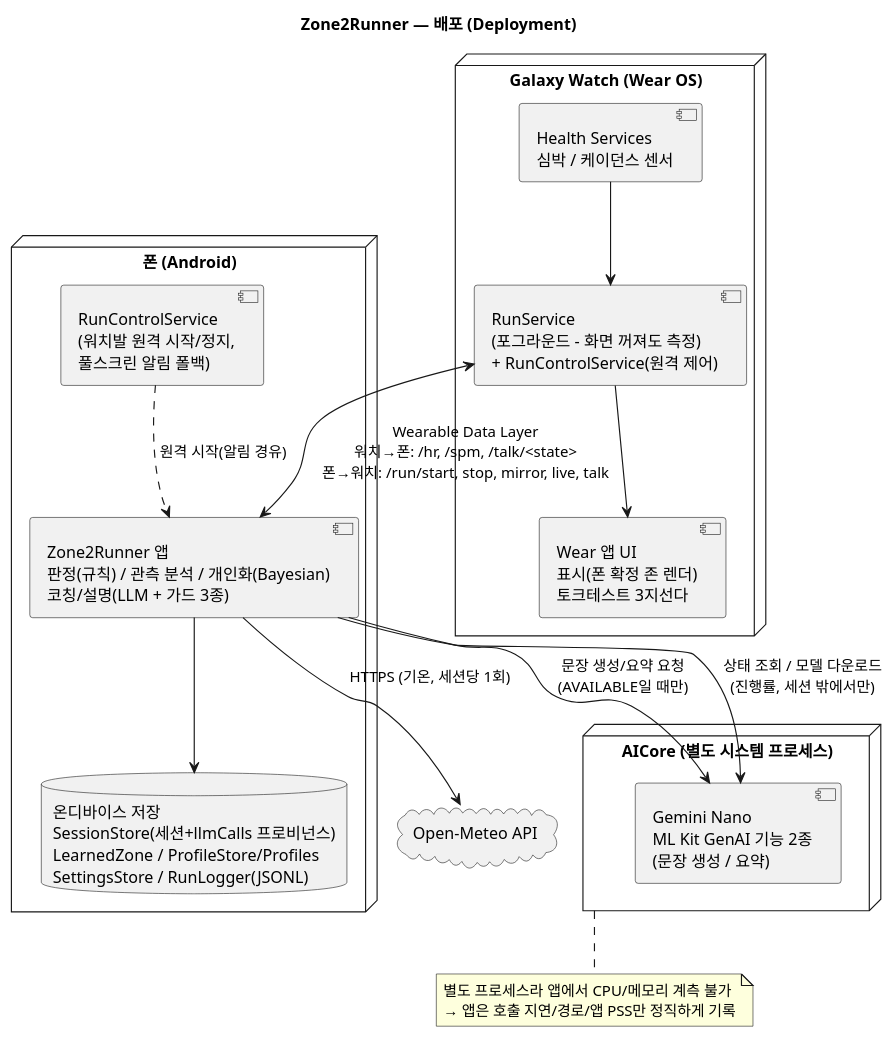
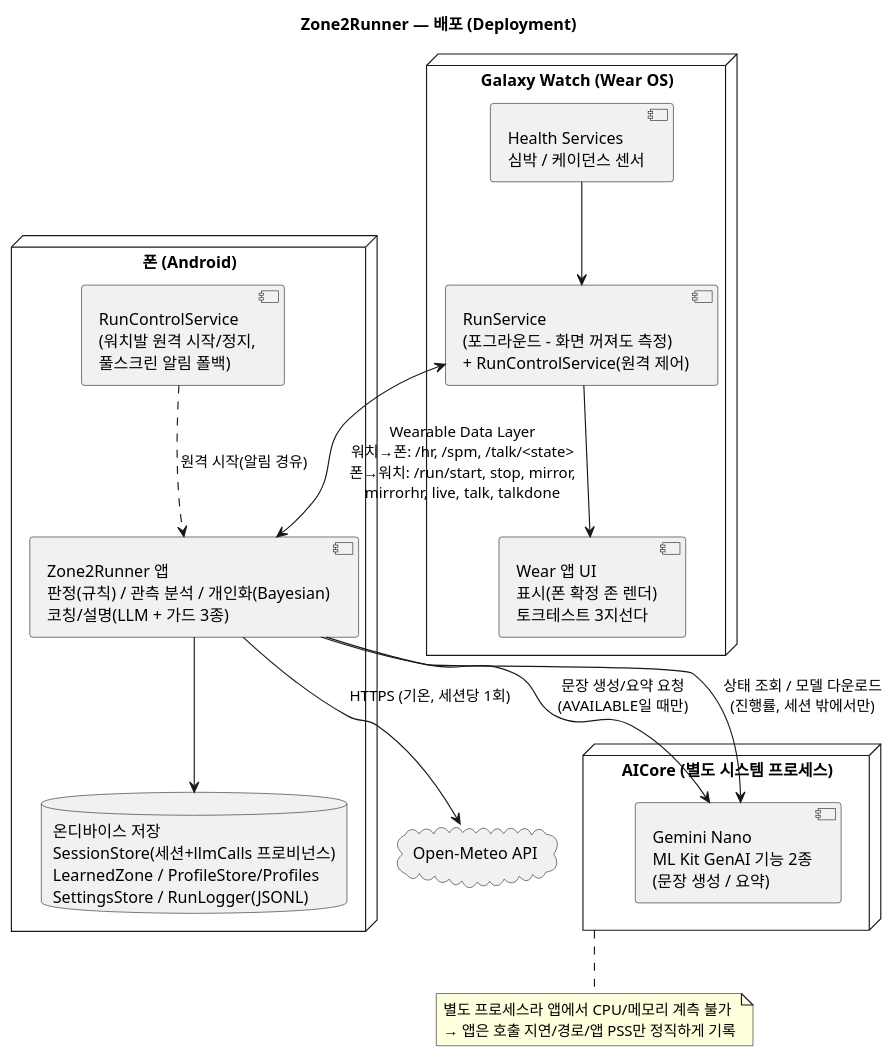
One commit to tenyearslove/zone2runner changed the diagram in arch/diagrams/03-deployment.puml. Above: the diagram before and after it, drawn with PlantUML. The commit also changed 19 other files, not shown here.

```diff
--- a/arch/diagrams/03-deployment.puml
+++ b/arch/diagrams/03-deployment.puml
@@ -1,36 +1,36 @@
 @startuml
 title Zone2Runner — 배포 (Deployment)
 skinparam defaultFontName "Malgun Gothic"
 skinparam shadowing false
 
 node "Galaxy Watch (Wear OS)" as WatchNode {
   component "Wear 앱 UI\n표시(폰 확정 존 렌더)\n토크테스트 3지선다" as WearApp
   component "RunService\n(포그라운드 - 화면 꺼져도 측정)\n+ RunControlService(원격 제어)" as WearSvc
   component "Health Services\n심박 / 케이던스 센서" as HS
 }
 
 node "폰 (Android)" as PhoneNode {
   component "Zone2Runner 앱\n판정(규칙) / 관측 분석 / 개인화(Bayesian)\n코칭/설명(LLM + 가드 3종)" as PhoneApp
   component "RunControlService\n(워치발 원격 시작/정지,\n풀스크린 알림 폴백)" as PhoneSvc
   database "온디바이스 저장\nSessionStore(세션+llmCalls 프로비넌스)\nLearnedZone / ProfileStore/Profiles\nSettingsStore / RunLogger(JSONL)" as Store
 }
 
 node "AICore (별도 시스템 프로세스)" as AICore {
   component "Gemini Nano\nML Kit GenAI 기능 2종\n(문장 생성 / 요약)" as NanoModel
 }
 
 cloud "Open-Meteo API" as WeatherCloud
 
 HS --> WearSvc
 WearSvc --> WearApp
-WearSvc <--> PhoneApp : Wearable Data Layer\n워치→폰: /hr, /spm, /talk/<state>\n폰→워치: /run/start, stop, mirror, live, talk
+WearSvc <--> PhoneApp : Wearable Data Layer\n워치→폰: /hr, /spm, /talk/<state>\n폰→워치: /run/start, stop, mirror,\nmirrorhr, live, talk, talkdone
 PhoneSvc ..> PhoneApp : 원격 시작(알림 경유)
 PhoneApp --> Store
 PhoneApp --> NanoModel : 문장 생성/요약 요청\n(AVAILABLE일 때만)
 PhoneApp --> NanoModel : 상태 조회 / 모델 다운로드\n(진행률, 세션 밖에서만)
 PhoneApp --> WeatherCloud : HTTPS (기온, 세션당 1회)
 note bottom of AICore
   별도 프로세스라 앱에서 CPU/메모리 계측 불가
   → 앱은 호출 지연/경로/앱 PSS만 정직하게 기록
 end note
 @enduml
```
